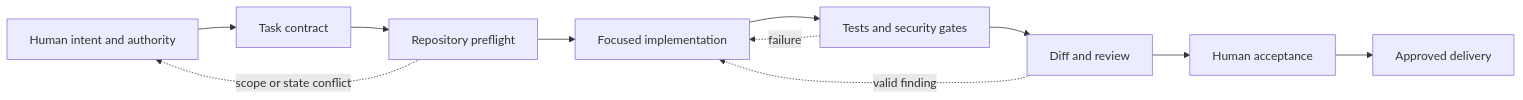
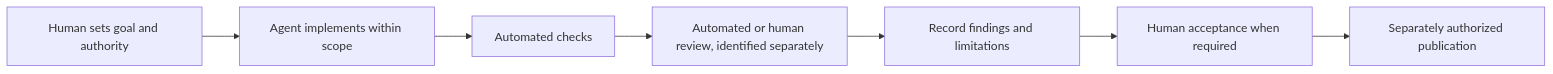
One commit to wouthh/engineering-portfolio changed the diagram in case-studies/verified-ai-assisted-engineering.md. Above: the diagram before and after it, drawn with Mermaid. The commit also changed other lines of this file and 8 other files, not shown here.

````diff
--- a/case-studies/verified-ai-assisted-engineering.md
+++ b/case-studies/verified-ai-assisted-engineering.md
@@ -37,13 +26,9 @@
 ```mermaid
 flowchart LR
-    H[Human intent and authority] --> T[Task contract]
-    T --> P[Repository preflight]
-    P --> I[Focused implementation]
-    I --> V[Tests and security gates]
-    V --> R[Diff and review]
-    R --> A[Human acceptance]
-    A --> D[Approved delivery]
-    V -. failure .-> I
-    R -. valid finding .-> I
-    P -. scope or state conflict .-> H
+    H[Human sets goal and authority] --> A[Agent implements within scope]
+    A --> T[Automated checks]
+    T --> R[Automated or human review, identified separately]
+    R --> D[Record findings and limitations]
+    D --> X[Human acceptance when required]
+    X --> P[Separately authorized publication]
 ```
````
